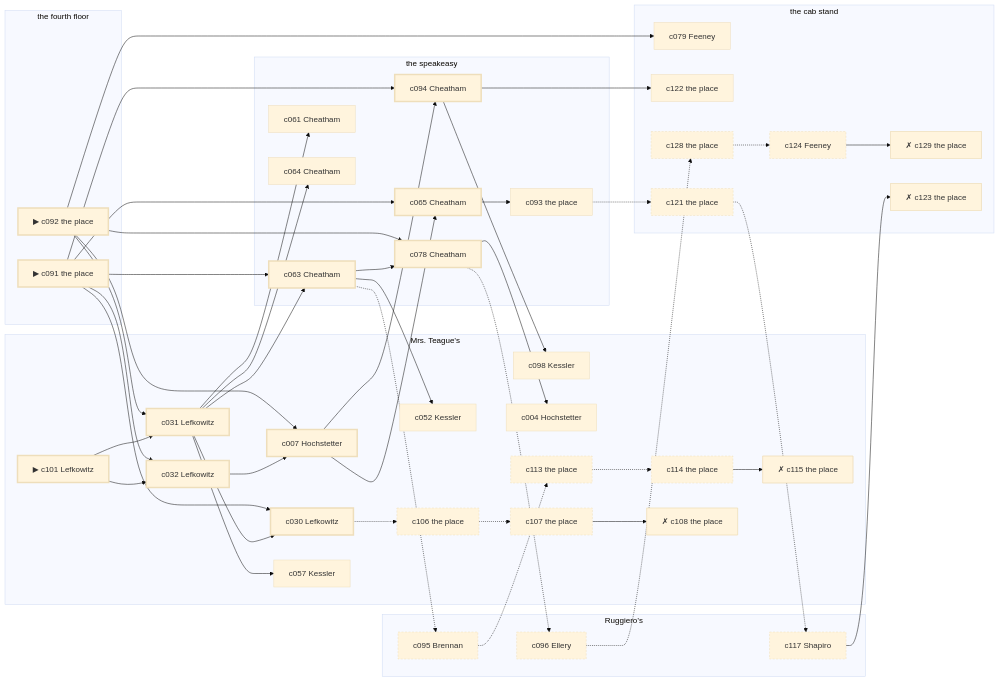
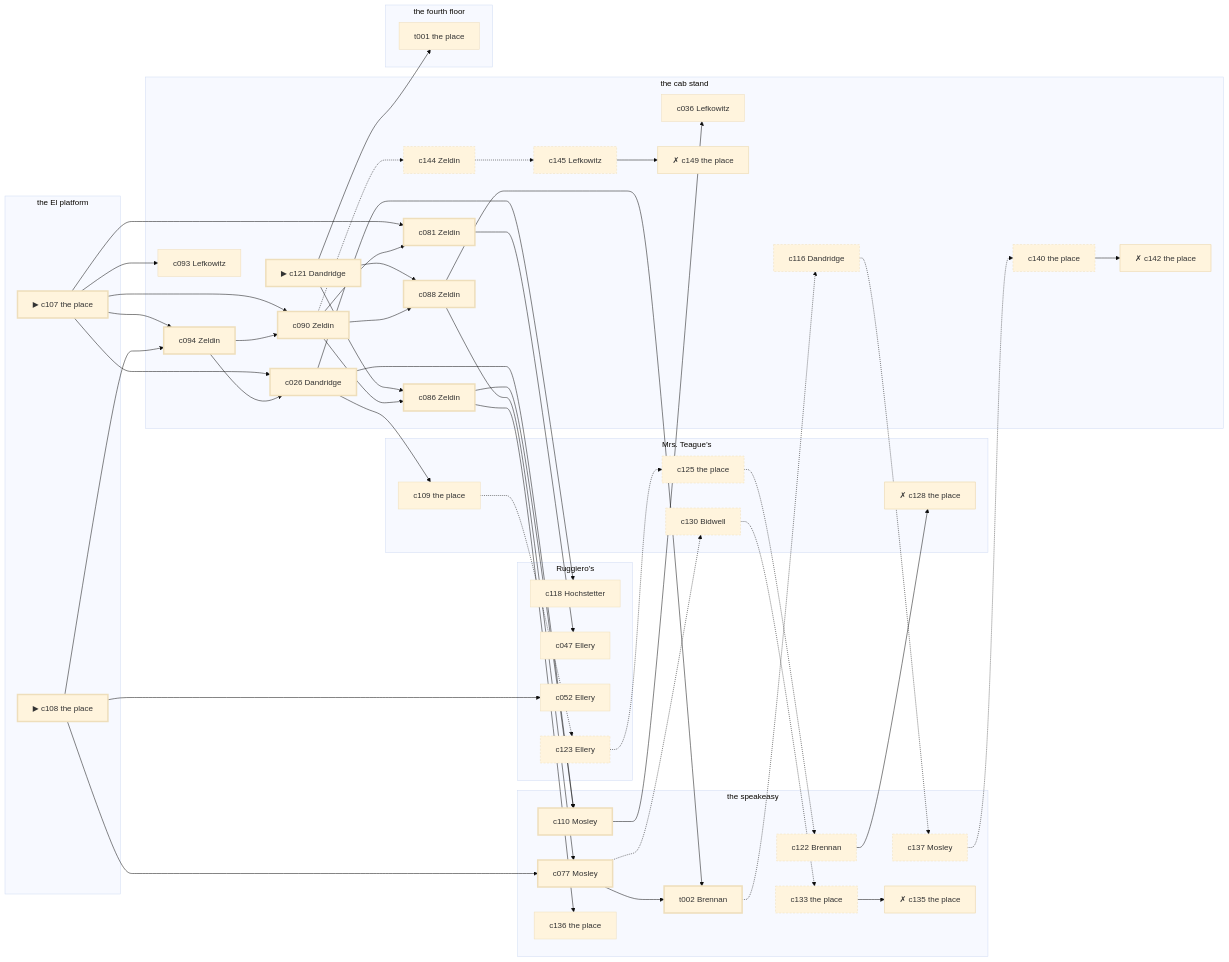
Before and after one commit to lyamshin/dashiell: the diagram in docs/samples/case-15.md, drawn with Mermaid (base theme). The commit also changed other lines of this file and 110 other files, not shown here.

````diff
--- a/docs/samples/case-15.md
+++ b/docs/samples/case-15.md
@@ -314,94 +700,97 @@
 ```mermaid
 graph LR
   subgraph P1["Ruggiero’s"]
-    c095["c095 Brennan"]
-    c096["c096 Ellery"]
-    c117["c117 Shapiro"]
+    c118["c118 Hochstetter"]
+    c047["c047 Ellery"]
+    c052["c052 Ellery"]
+    c123["c123 Ellery"]
   end
   subgraph P2["Mrs. Teague’s"]
-    c101["▶ c101 Lefkowitz"]
-    c031["c031 Lefkowitz"]
-    c032["c032 Lefkowitz"]
-    c030["c030 Lefkowitz"]
-    c007["c007 Hochstetter"]
-    c098["c098 Kessler"]
-    c052["c052 Kessler"]
-    c004["c004 Hochstetter"]
-    c057["c057 Kessler"]
-    c113["c113 the place"]
-    c114["c114 the place"]
-    c115["✗ c115 the place"]
-    c106["c106 the place"]
-    c107["c107 the place"]
-    c108["✗ c108 the place"]
+    c109["c109 the place"]
+    c125["c125 the place"]
+    c128["✗ c128 the place"]
+    c130["c130 Bidwell"]
   end
   subgraph P3["the speakeasy"]
-    c094["c094 Cheatham"]
-    c065["c065 Cheatham"]
-    c063["c063 Cheatham"]
-    c078["c078 Cheatham"]
-    c061["c061 Cheatham"]
-    c093["c093 the place"]
-    c064["c064 Cheatham"]
+    c077["c077 Mosley"]
+    c110["c110 Mosley"]
+    t002["t002 Brennan"]
+    c136["c136 the place"]
+    c137["c137 Mosley"]
+    c122["c122 Brennan"]
+    c133["c133 the place"]
+    c135["✗ c135 the place"]
   end
   subgraph P4["the cab stand"]
-    c079["c079 Feeney"]
-    c122["c122 the place"]
-    c128["c128 the place"]
-    c124["c124 Feeney"]
-    c129["✗ c129 the place"]
-    c121["c121 the place"]
-    c123["✗ c123 the place"]
+    c121["▶ c121 Dandridge"]
+    c094["c094 Zeldin"]
+    c026["c026 Dandridge"]
+    c090["c090 Zeldin"]
+    c081["c081 Zeldin"]
+    c088["c088 Zeldin"]
+    c086["c086 Zeldin"]
+    c093["c093 Lefkowitz"]
+    c036["c036 Lefkowitz"]
+    c116["c116 Dandridge"]
+    c140["c140 the place"]
+    c142["✗ c142 the place"]
+    c144["c144 Zeldin"]
+    c145["c145 Lefkowitz"]
+    c149["✗ c149 the place"]
   end
-  subgraph P5["the fourth floor"]
-    c091["▶ c091 the place"]
-    c092["▶ c092 the place"]
+  subgraph P5["the El platform"]
+    c107["▶ c107 the place"]
+    c108["▶ c108 the place"]
   end
-  c091 --> c032
-  c091 --> c030
-  c091 --> c094
-  c091 --> c065
-  c091 --> c063
-  c092 --> c031
-  c092 --> c007
-  c092 --> c078
-  c092 --> c079
-  c101 --> c031
-  c101 --> c032
-  c031 --> c030
-  c031 --> c063
-  c031 --> c061
-  c031 --> c064
-  c031 --> c057
-  c032 --> c007
-  c030 -.-> c106
-  c007 --> c094
-  c007 --> c065
-  c094 --> c098
-  c094 --> c122
-  c065 --> c093
-  c063 --> c078
-  c063 --> c052
-  c063 -.-> c095
-  c078 --> c004
-  c078 -.-> c096
-  c093 -.-> c121
-  c095 -.-> c113
-  c113 -.-> c114
-  c114 --> c115
-  c096 -.-> c128
-  c128 -.-> c124
-  c124 --> c129
-  c121 -.-> c117
-  c117 --> c123
-  c106 -.-> c107
-  c107 --> c108
+  subgraph P6["the fourth floor"]
+    t001["t001 the place"]
+  end
+  c107 --> c094
+  c107 --> c026
+  c107 --> c090
+  c107 --> c081
+  c107 --> c093
+  c108 --> c094
+  c108 --> c077
+  c108 --> c052
+  c121 --> c088
+  c121 --> c086
+  c121 --> t001
+  c094 --> c026
+  c094 --> c090
+  c026 --> c110
+  c026 --> c118
+  c026 --> c109
+  c090 --> c081
+  c090 --> c088
+  c090 --> c086
+  c090 -.-> c144
+  c081 --> c047
+  c088 --> c077
+  c088 --> t002
+  c086 --> c110
+  c086 --> c136
+  c077 --> t002
+  c077 -.-> c130
+  c110 --> c036
+  t002 -.-> c116
+  c109 -.-> c123
+  c116 -.-> c137
+  c137 -.-> c140
+  c140 --> c142
+  c123 -.-> c125
+  c125 -.-> c122
+  c122 --> c128
+  c144 -.-> c145
+  c145 --> c149
+  c130 -.-> c133
+  c133 --> c135
   classDef spine stroke-width:3px;
   classDef corrob stroke-width:1px;
   classDef noise stroke-dasharray: 4 3;
   classDef disq stroke-width:2px,stroke-dasharray: 1 0;
-  class c091,c092,c101,c031,c032,c030,c007,c094,c065,c063,c078 spine;
-  class c079,c061,c093,c098,c064,c052,c004,c122,c057 corrob;
-  class c095,c113,c114,c096,c128,c124,c121,c117,c106,c107 noise;
-  class c115,c129,c123,c108 disq;
+  class c107,c108,c121,c094,c026,c090,c081,c088,c086,c077,c110,t002 spine;
+  class c118,c109,t001,c047,c093,c052,c036,c136 corrob;
+  class c116,c137,c140,c123,c125,c122,c144,c145,c130,c133 noise;
+  class c142,c128,c149,c135 disq;
 ```
````
